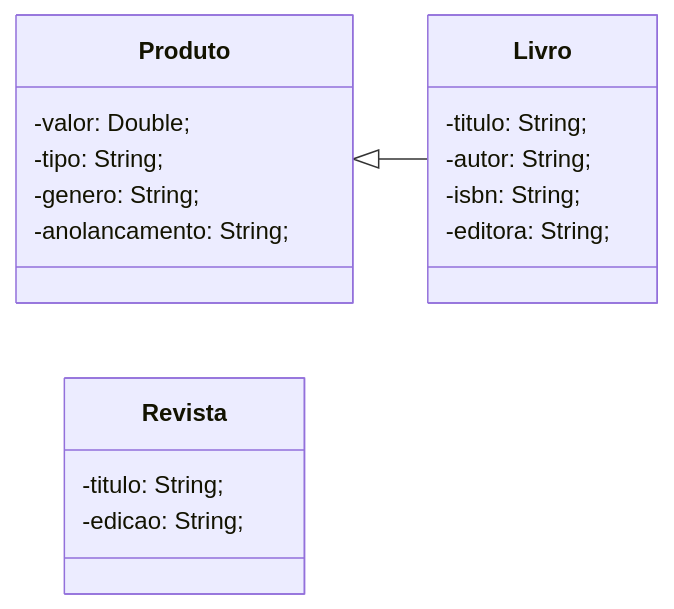
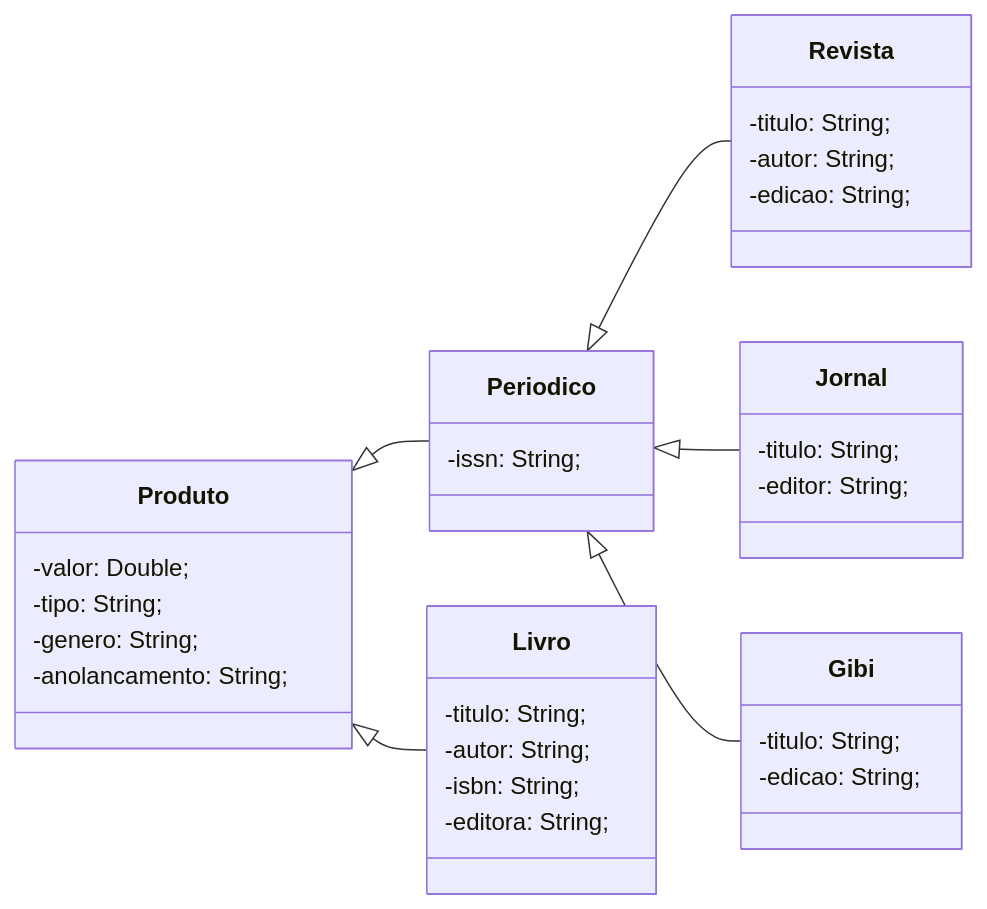
One commit to MauricioTellesSilva/poo changed the second of 3 diagrams in Aulas/2026-10-14/Readme.md. Above: the diagram before and after it, drawn with Mermaid. The commit also changed other lines of this file, not shown here.

Commit message:
Add: Sistema da livraria UML

````diff
--- a/Aulas/2026-10-14/Readme.md
+++ b/Aulas/2026-10-14/Readme.md
@@ -77,22 +77,38 @@
 ```mermaid
     classDiagram 
     direction LR
     class Produto{
         -valor: Double;
         -tipo: String;
         -genero: String;
         -anolancamento: String;
     }
+    class Periodico{
+        -issn: String;
+    }
     class Livro{
         -titulo: String;
         -autor: String;
         -isbn: String;
         -editora: String;
     }
     class Revista{
         -titulo: String;
+        -autor: String;
+        -edicao: String;
+    }
+    class Jornal{
+        -titulo: String;
+        -editor: String;
+    }
+    class Gibi{
+        -titulo: String;
         -edicao: String;
     }
 
    Produto <|-- Livro
+   Produto <|-- Periodico
+   Periodico <|-- Revista
+   Periodico <|-- Jornal
+   Periodico <|-- Gibi
 ```
````
